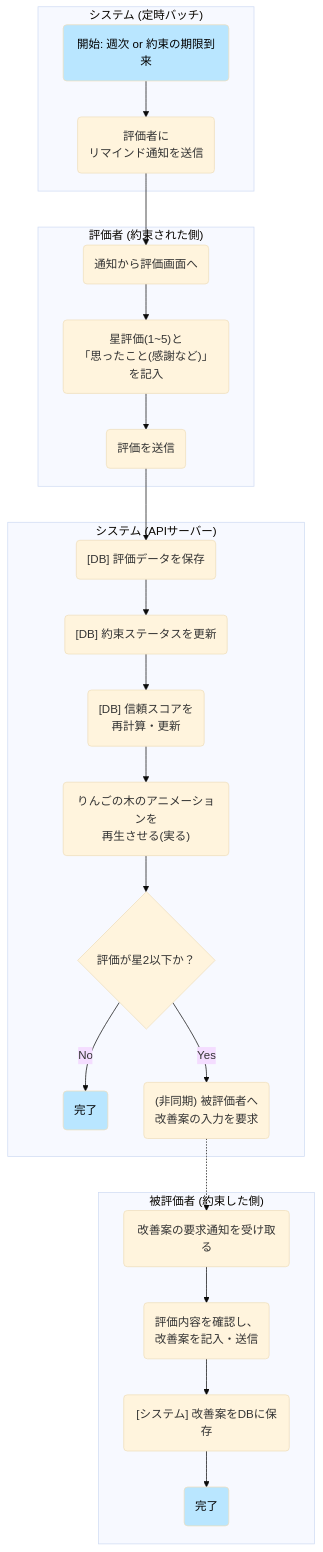
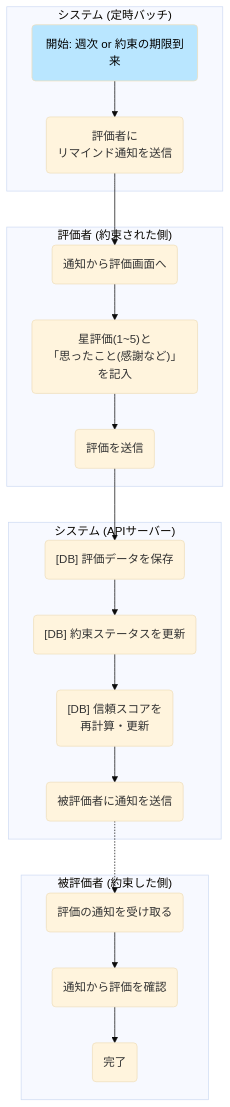
The third of 9 diagrams in docs/design.md (compile425/yubikirigennmann), drawn with Mermaid (base theme) before and after one commit. The commit also changed other lines of this file, not shown here.

````diff
--- a/docs/design.md
+++ b/docs/design.md
@@ -64,34 +57,28 @@
 ```mermaid
 
 graph TD
     subgraph "システム (定時バッチ)"
         T1("開始: 週次 or 約束の期限到来") --> T2("評価者に<br>リマインド通知を送信")
     end
 
     subgraph "評価者 (約束された側)"
         T2 --> U1("通知から評価画面へ")
         U1 --> U2("星評価(1~5)と<br>「思ったこと(感謝など)」を記入")
         U2 --> U5("評価を送信")
     end
 
     subgraph "システム (APIサーバー)"
         U5 --> S1("[DB] 評価データを保存")
         S1 --> S2("[DB] 約束ステータスを更新")
         S2 --> S3("[DB] 信頼スコアを<br>再計算・更新")
-        S3 --> S4("りんごの木のアニメーションを<br>再生させる(実る)")
-        S4 --> D1{"評価が星2以下か？"}
-        D1 -- No --> C1("完了")
-        D1 -- Yes --> S5("(非同期) 被評価者へ<br>改善案の入力を要求")
+        S3 --> S4("被評価者に通知を送信")
     end
 
     subgraph "被評価者 (約束した側)"
-        S5 -.-> E1("改善案の要求通知を受け取る")
-        E1 --> E2("評価内容を確認し、<br>改善案を記入・送信")
-        E2 --> E3("[システム] 改善案をDBに保存")
-        E3 --> E4("完了")
+        S4 -.-> E1("評価の通知を受け取る")
+        E1 --> E2("通知から評価を確認")
+        E2 --> E3("完了")
     end
 
     style T1 fill:#B9E6FF,color:#000
-    style C1 fill:#B9E6FF,color:#000
-    style E4 fill:#B9E6FF,color:#000
 ```
````
